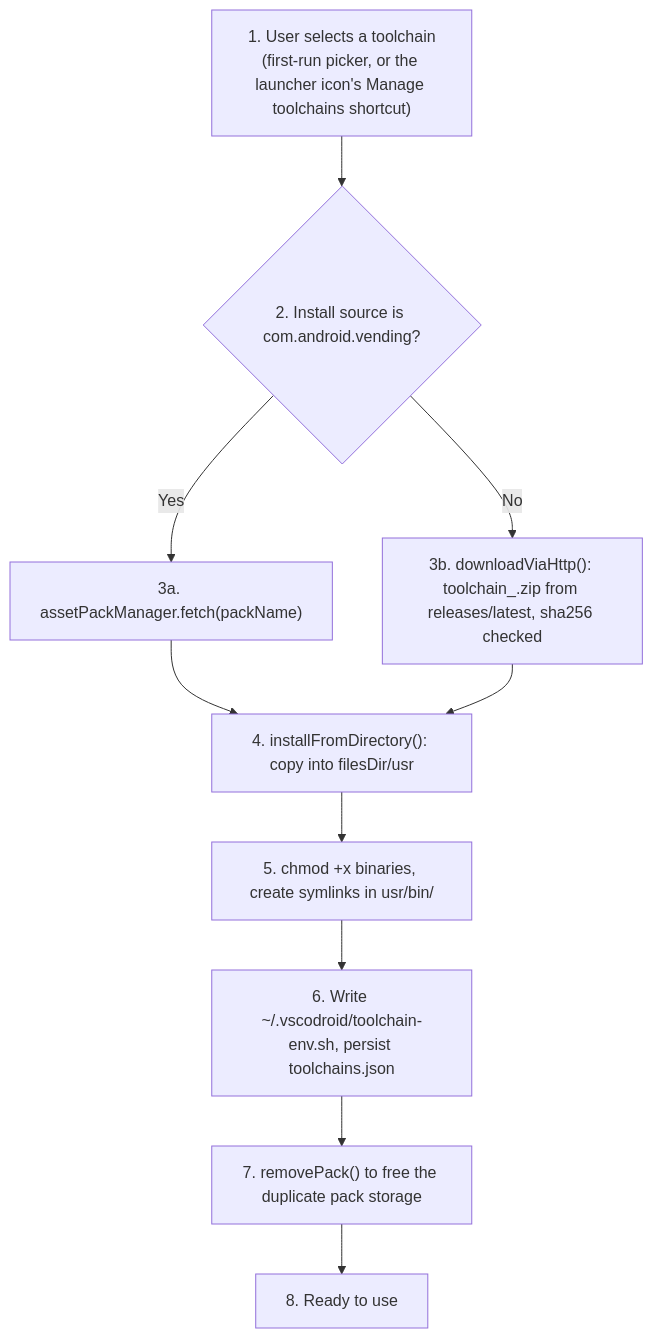
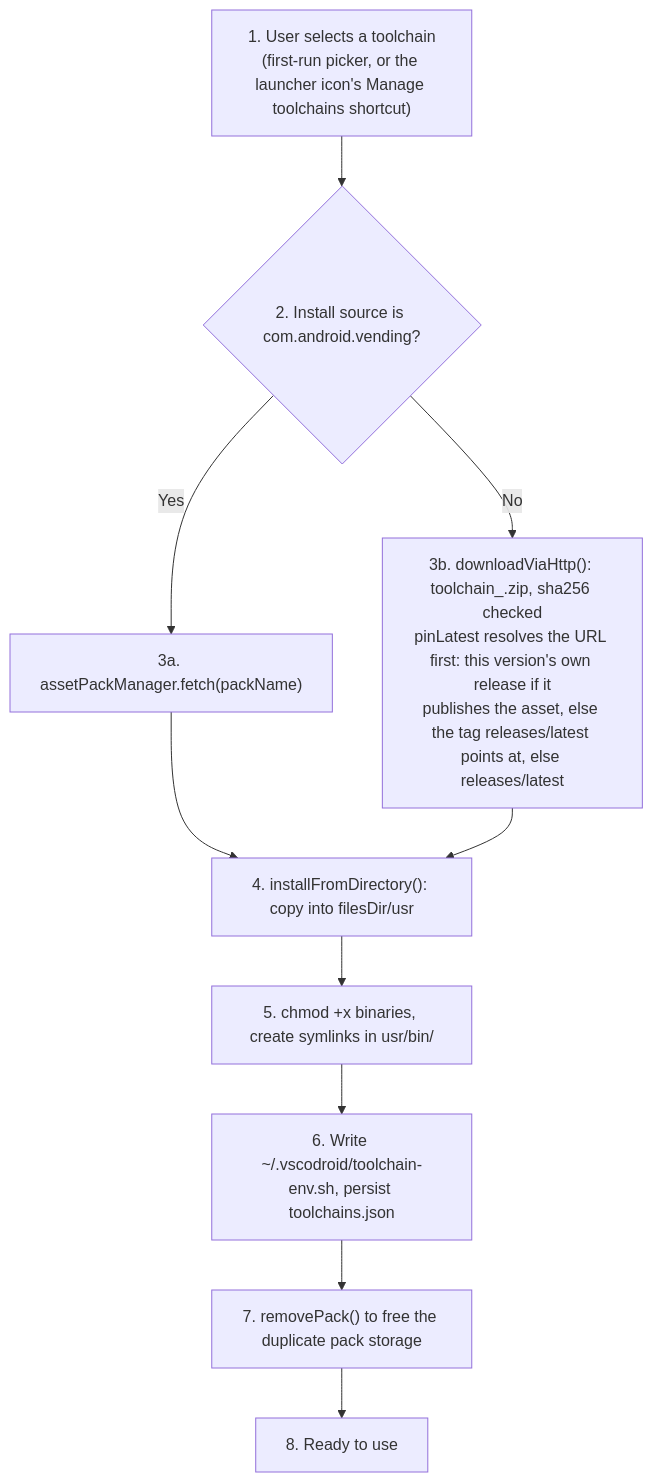
The fifth of 5 diagrams in docs/04-TECHNICAL_SPEC.md (cuixinyuan666/vscodroid), drawn with Mermaid before and after one commit. The commit also changed other lines of this file and 11 other files, not shown here.

````diff
--- a/docs/04-TECHNICAL_SPEC.md
+++ b/docs/04-TECHNICAL_SPEC.md
@@ -647,12 +650,12 @@
 ```mermaid
 flowchart TD
   A["1. User selects a toolchain<br/>(first-run picker, or the launcher icon's Manage toolchains shortcut)"] --> B{"2. Install source is com.android.vending?"}
   B -- "Yes" --> C["3a. assetPackManager.fetch(packName)"]
-  B -- "No" --> D["3b. downloadViaHttp(): toolchain_<name>.zip from releases/latest, sha256 checked"]
+  B -- "No" --> D["3b. downloadViaHttp(): toolchain_<name>.zip, sha256 checked<br/>pinLatest resolves the URL first: this version's own release if it<br/>publishes the asset, else the tag releases/latest points at, else releases/latest"]
   C --> E["4. installFromDirectory(): copy into filesDir/usr"]
   D --> E
   E --> F["5. chmod +x binaries, create symlinks in usr/bin/"]
   F --> G["6. Write ~/.vscodroid/toolchain-env.sh, persist toolchains.json"]
   G --> H["7. removePack() to free the duplicate pack storage"]
   H --> I["8. Ready to use"]
 ```
````
